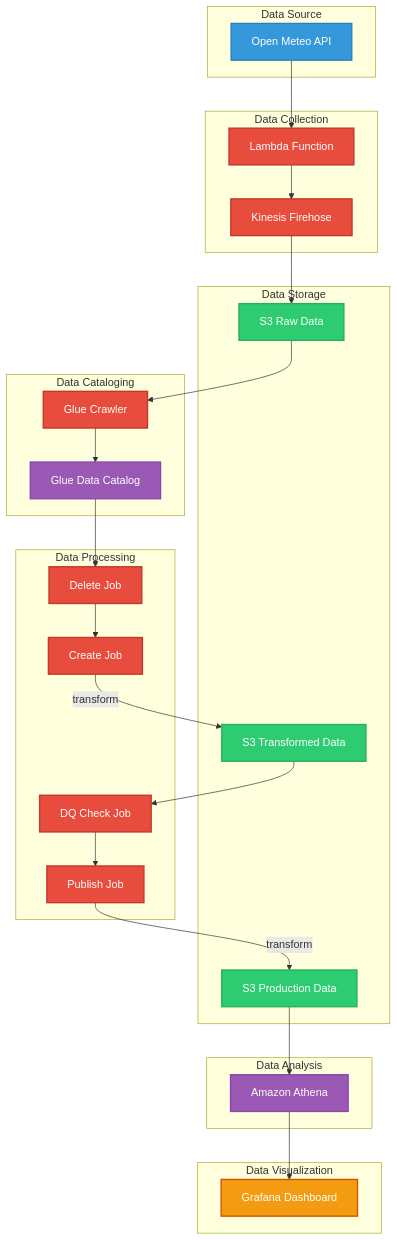
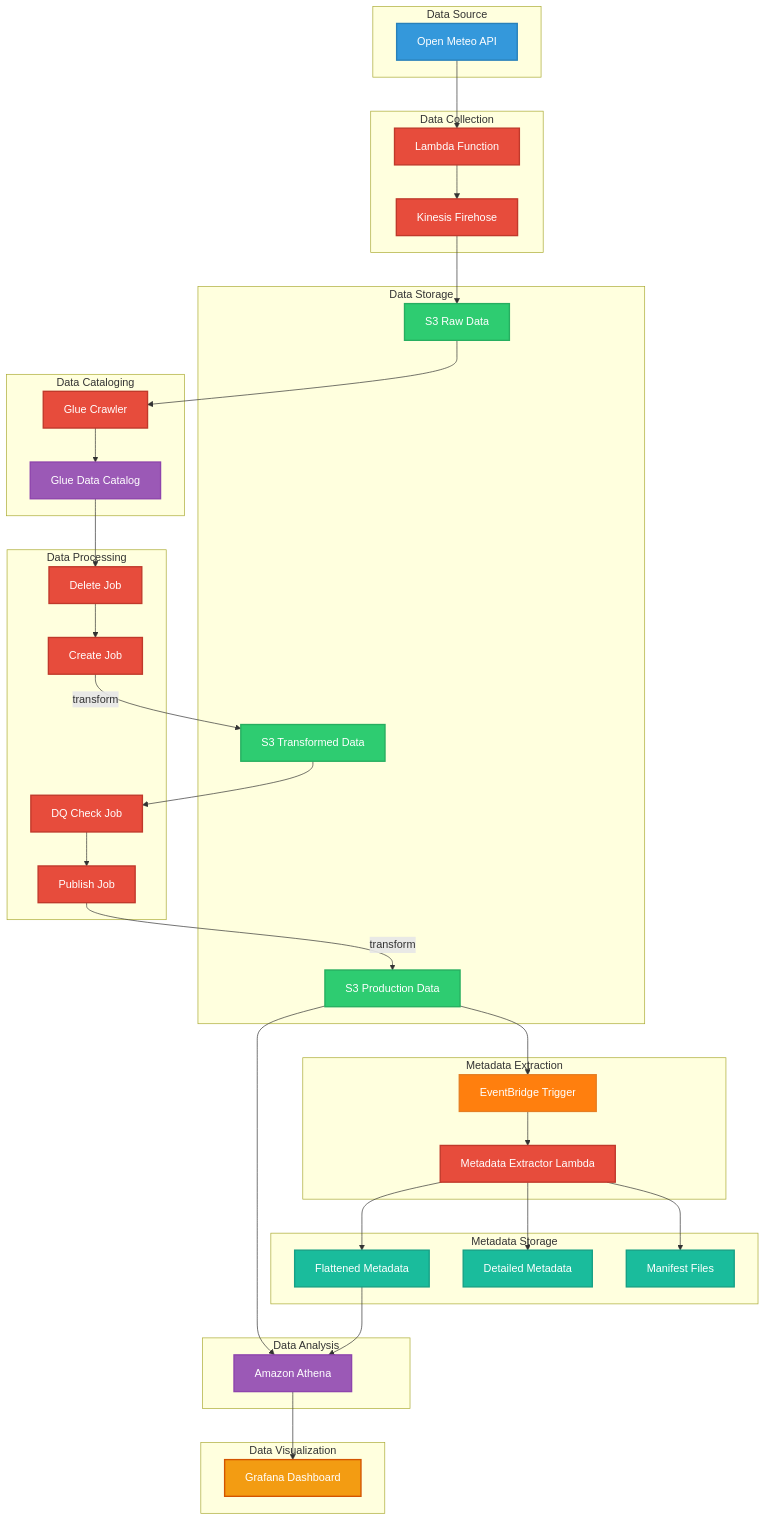
One commit to anand-sharan/Weather-Data-Pipeline-Project changed the diagram in README.md. Above: the diagram before and after it, drawn with Mermaid. The commit also changed other lines of this file and 7 other files, not shown here.

Commit message:
Added Weather Data Metadata Extractor

```diff
--- a/README.md
+++ b/README.md
@@ -42,6 +45,13 @@
     DQ_JOB[DQ Check Job]
     PUBLISH_JOB[Publish Job]
     
+    %% Metadata Extraction
+    EB[EventBridge Trigger]
+    META_LAMBDA[Metadata Extractor Lambda]
+    META_FLAT[Flattened Metadata]
+    META_DETAILED[Detailed Metadata]
+    META_MANIFEST[Manifest Files]
+    
     %% Data Analysis & Visualization
     ATHENA[Amazon Athena]
     GRAFANA[Grafana Dashboard]
@@ -63,7 +73,16 @@
     DQ_JOB --> PUBLISH_JOB
     PUBLISH_JOB --> |transform| S3_PROD
     
+    %% Metadata flow
+    S3_PROD --> EB
+    EB --> META_LAMBDA
+    META_LAMBDA --> META_FLAT
+    META_LAMBDA --> META_DETAILED
+    META_LAMBDA --> META_MANIFEST
+    
+    %% Analysis flow
     S3_PROD --> ATHENA
+    META_FLAT --> ATHENA
     ATHENA --> GRAFANA
     
     %% Custom styling
@@ -72,13 +91,17 @@
     classDef storage fill:#2ecc71,stroke:#27ae60,stroke-width:2px,color:white
     classDef analytics fill:#9b59b6,stroke:#8e44ad,stroke-width:2px,color:white
     classDef visualization fill:#f39c12,stroke:#d35400,stroke-width:2px,color:white
+    classDef trigger fill:#ff7f0e,stroke:#e67e22,stroke-width:2px,color:white
+    classDef metadata fill:#1abc9c,stroke:#16a085,stroke-width:2px,color:white
     
     %% Apply classes
     class API dataSource
-    class LAMBDA,FIREHOSE,CRAWLER,DEL_JOB,CREATE_JOB,DQ_JOB,PUBLISH_JOB processing
+    class LAMBDA,FIREHOSE,CRAWLER,DEL_JOB,CREATE_JOB,DQ_JOB,PUBLISH_JOB,META_LAMBDA processing
     class S3_RAW,S3_TRANSFORM,S3_PROD storage
     class CATALOG,ATHENA analytics
     class GRAFANA visualization
+    class EB trigger
+    class META_FLAT,META_DETAILED,META_MANIFEST metadata
     
     %% Add labels
     subgraph "Data Source"
@@ -108,6 +131,17 @@
         PUBLISH_JOB
     end
     
+    subgraph "Metadata Extraction"
+        EB
+        META_LAMBDA
+    end
+    
+    subgraph "Metadata Storage"
+        META_FLAT
+        META_DETAILED
+        META_MANIFEST
+    end
+    
     subgraph "Data Analysis"
         ATHENA
     end
```
